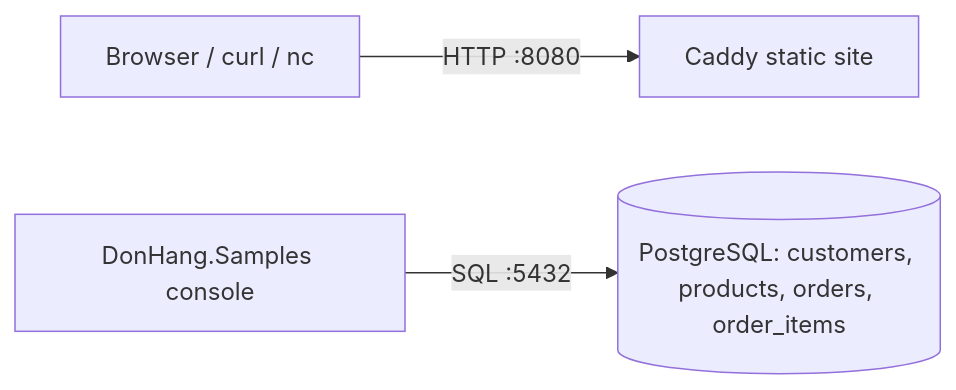
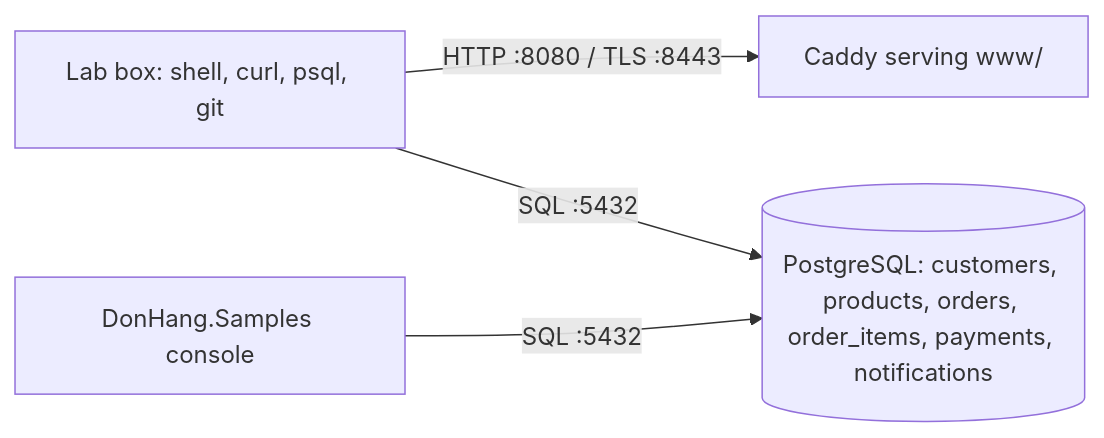
Before and after one commit to duyan11110/don-hang: the diagram in STAGE.md, drawn with Mermaid. The commit also changed other lines of this file and 36 other files, not shown here.

````diff
--- a/STAGE.md
+++ b/STAGE.md
@@ -13,5 +33,6 @@
 ```mermaid
 flowchart LR
-  B[Browser / curl / nc] -->|HTTP :8080| C[Caddy static site]
-  S[DonHang.Samples console] -->|SQL :5432| P[(PostgreSQL: customers, products, orders, order_items)]
+  L[Lab box: shell, curl, psql, git] -->|HTTP :8080 / TLS :8443| C[Caddy serving www/]
+  L -->|SQL :5432| P[(PostgreSQL: customers, products, orders, order_items, payments, notifications)]
+  S[DonHang.Samples console] -->|SQL :5432| P
 ```
````
